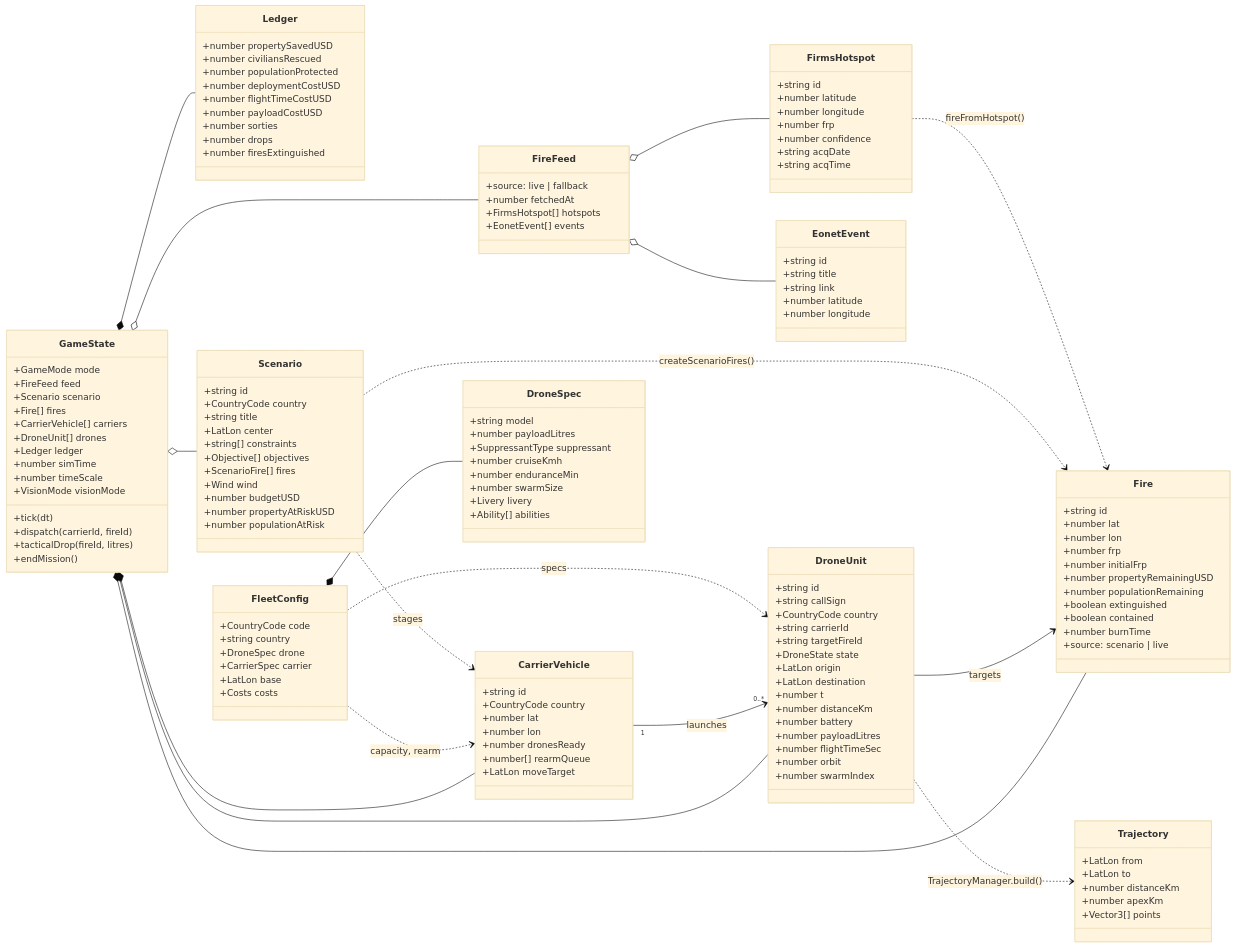
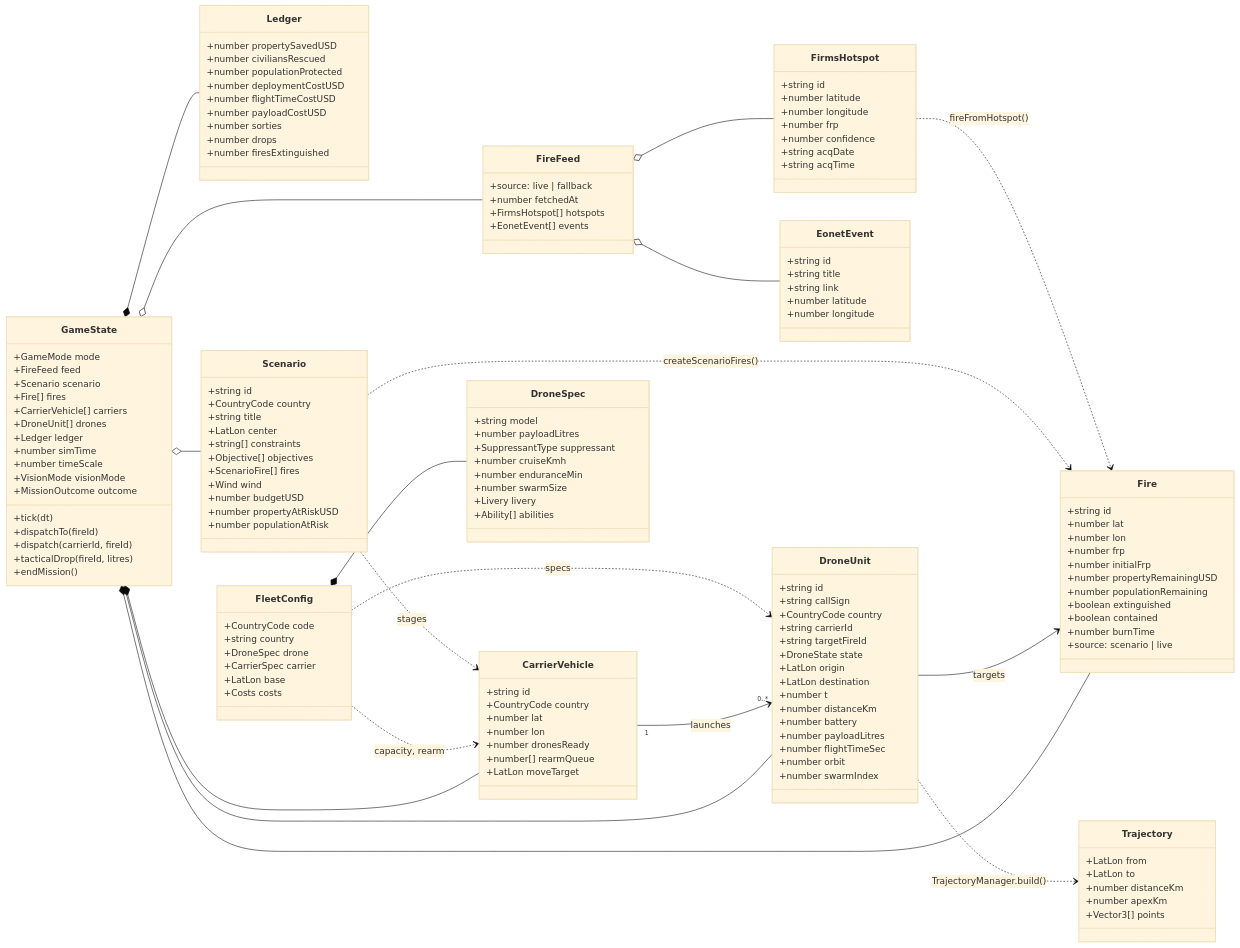
The second of 7 diagrams in README.md (jayrosen-design/Global-Firefight-Drone-Command), drawn with Mermaid (base theme) before and after one commit. The commit also changed other lines of this file and 17 other files, not shown here.

```diff
--- a/README.md
+++ b/README.md
@@ -393,7 +410,9 @@
     +number simTime
     +number timeScale
     +VisionMode visionMode
+    +MissionOutcome outcome
     +tick(dt)
+    +dispatchTo(fireId)
     +dispatch(carrierId, fireId)
     +tacticalDrop(fireId, litres)
     +endMission()
```
